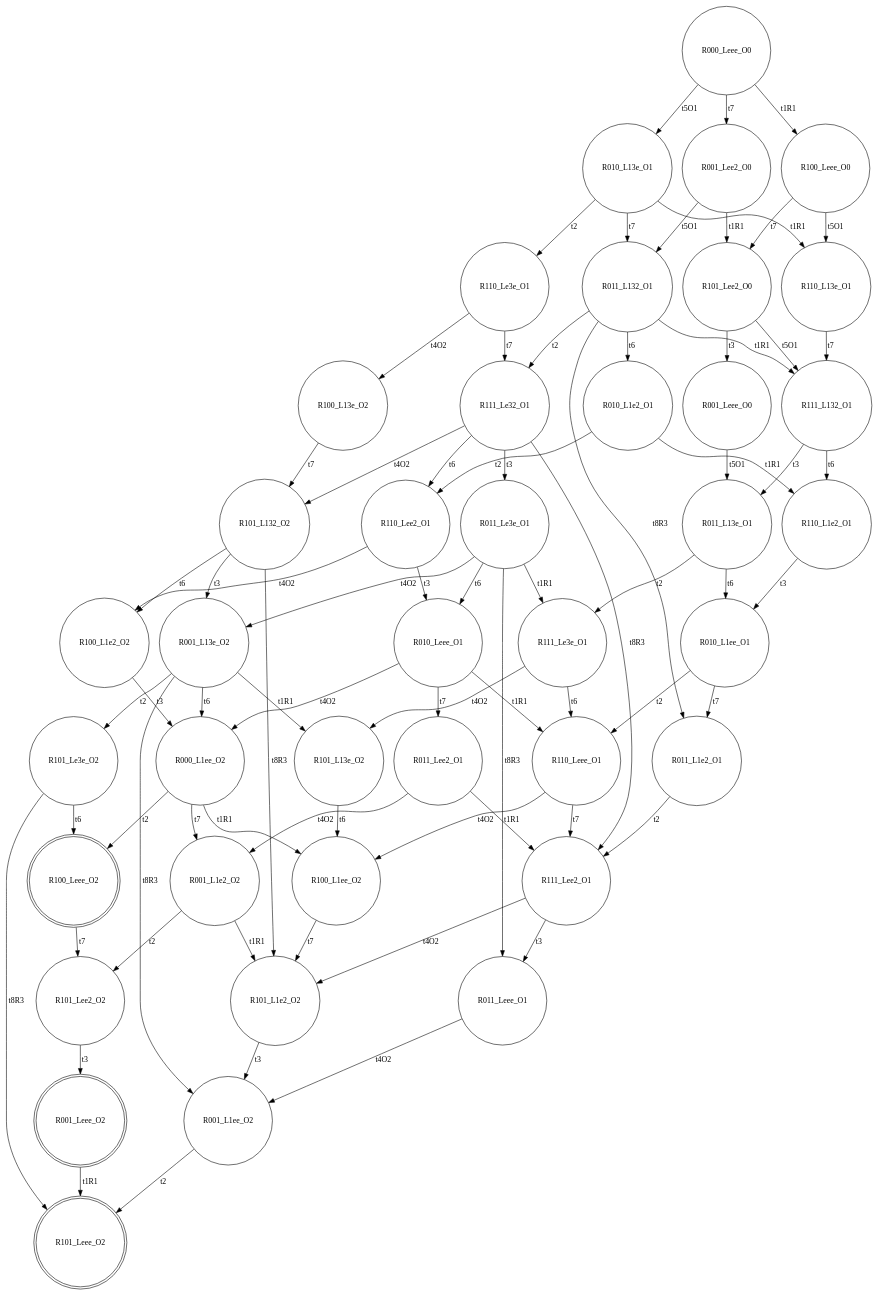
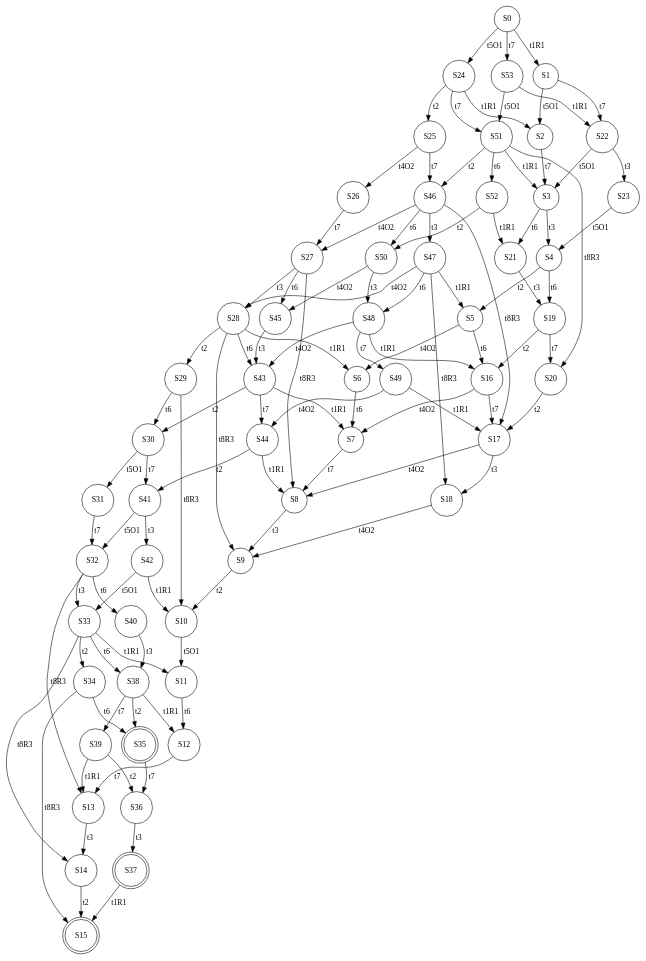
Before and after one commit to Stefano-BS/Explanatory-Diagnosis: the diagram in SCi.dot, drawn with Graphviz. The commit also changed 16 other files, not shown here.

```diff
--- a/SCi.dot
+++ b/SCi.dot
@@ -1,116 +1,158 @@
 digraph SCi {
-node [shape=circle]; R000_Leee_O0 ;
-node [shape=circle]; R100_Leee_O0 ;
-node [shape=circle]; R110_L13e_O1 ;
-node [shape=circle]; R111_L132_O1 ;
-node [shape=circle]; R011_L13e_O1 ;
-node [shape=circle]; R111_Le3e_O1 ;
-node [shape=circle]; R101_L13e_O2 ;
-node [shape=circle]; R100_L1ee_O2 ;
-node [shape=circle]; R101_L1e2_O2 ;
-node [shape=circle]; R001_L1ee_O2 ;
-node [shape=doublecircle]; R101_Leee_O2 ;
-node [shape=circle]; R110_Leee_O1 ;
-node [shape=circle]; R111_Lee2_O1 ;
-node [shape=circle]; R011_Leee_O1 ;
-node [shape=circle]; R010_L1ee_O1 ;
-node [shape=circle]; R011_L1e2_O1 ;
-node [shape=circle]; R110_L1e2_O1 ;
-node [shape=circle]; R101_Lee2_O0 ;
-node [shape=circle]; R001_Leee_O0 ;
-node [shape=circle]; R010_L13e_O1 ;
-node [shape=circle]; R110_Le3e_O1 ;
-node [shape=circle]; R100_L13e_O2 ;
-node [shape=circle]; R101_L132_O2 ;
-node [shape=circle]; R001_L13e_O2 ;
-node [shape=circle]; R101_Le3e_O2 ;
-node [shape=doublecircle]; R100_Leee_O2 ;
-node [shape=circle]; R101_Lee2_O2 ;
-node [shape=doublecircle]; R001_Leee_O2 ;
-node [shape=circle]; R000_L1ee_O2 ;
-node [shape=circle]; R001_L1e2_O2 ;
-node [shape=circle]; R100_L1e2_O2 ;
-node [shape=circle]; R111_Le32_O1 ;
-node [shape=circle]; R011_Le3e_O1 ;
-node [shape=circle]; R010_Leee_O1 ;
-node [shape=circle]; R011_Lee2_O1 ;
-node [shape=circle]; R110_Lee2_O1 ;
-node [shape=circle]; R011_L132_O1 ;
-node [shape=circle]; R010_L1e2_O1 ;
-node [shape=circle]; R001_Lee2_O0 ;
-R000_Leee_O0 -> R001_Lee2_O0 [label=t7]
-R000_Leee_O0 -> R010_L13e_O1 [label=t5O1]
-R000_Leee_O0 -> R100_Leee_O0 [label=t1R1]
-R100_Leee_O0 -> R101_Lee2_O0 [label=t7]
-R100_Leee_O0 -> R110_L13e_O1 [label=t5O1]
-R110_L13e_O1 -> R111_L132_O1 [label=t7]
-R111_L132_O1 -> R110_L1e2_O1 [label=t6]
-R111_L132_O1 -> R011_L13e_O1 [label=t3]
-R011_L13e_O1 -> R010_L1ee_O1 [label=t6]
-R011_L13e_O1 -> R111_Le3e_O1 [label=t2]
-R111_Le3e_O1 -> R110_Leee_O1 [label=t6]
-R111_Le3e_O1 -> R101_L13e_O2 [label=t4O2]
-R101_L13e_O2 -> R100_L1ee_O2 [label=t6]
-R100_L1ee_O2 -> R101_L1e2_O2 [label=t7]
-R101_L1e2_O2 -> R001_L1ee_O2 [label=t3]
-R001_L1ee_O2 -> R101_Leee_O2 [label=t2]
-R110_Leee_O1 -> R111_Lee2_O1 [label=t7]
-R110_Leee_O1 -> R100_L1ee_O2 [label=t4O2]
-R111_Lee2_O1 -> R101_L1e2_O2 [label=t4O2]
-R111_Lee2_O1 -> R011_Leee_O1 [label=t3]
-R011_Leee_O1 -> R001_L1ee_O2 [label=t4O2]
-R010_L1ee_O1 -> R011_L1e2_O1 [label=t7]
-R010_L1ee_O1 -> R110_Leee_O1 [label=t2]
-R011_L1e2_O1 -> R111_Lee2_O1 [label=t2]
-R110_L1e2_O1 -> R010_L1ee_O1 [label=t3]
-R101_Lee2_O0 -> R111_L132_O1 [label=t5O1]
-R101_Lee2_O0 -> R001_Leee_O0 [label=t3]
-R001_Leee_O0 -> R011_L13e_O1 [label=t5O1]
-R010_L13e_O1 -> R011_L132_O1 [label=t7]
-R010_L13e_O1 -> R110_Le3e_O1 [label=t2]
-R010_L13e_O1 -> R110_L13e_O1 [label=t1R1]
-R110_Le3e_O1 -> R111_Le32_O1 [label=t7]
-R110_Le3e_O1 -> R100_L13e_O2 [label=t4O2]
-R100_L13e_O2 -> R101_L132_O2 [label=t7]
-R101_L132_O2 -> R101_L1e2_O2 [label=t8R3]
-R101_L132_O2 -> R100_L1e2_O2 [label=t6]
-R101_L132_O2 -> R001_L13e_O2 [label=t3]
-R001_L13e_O2 -> R001_L1ee_O2 [label=t8R3]
-R001_L13e_O2 -> R000_L1ee_O2 [label=t6]
-R001_L13e_O2 -> R101_Le3e_O2 [label=t2]
-R001_L13e_O2 -> R101_L13e_O2 [label=t1R1]
-R101_Le3e_O2 -> R101_Leee_O2 [label=t8R3]
-R101_Le3e_O2 -> R100_Leee_O2 [label=t6]
-R100_Leee_O2 -> R101_Lee2_O2 [label=t7]
-R101_Lee2_O2 -> R001_Leee_O2 [label=t3]
-R001_Leee_O2 -> R101_Leee_O2 [label=t1R1]
-R000_L1ee_O2 -> R001_L1e2_O2 [label=t7]
-R000_L1ee_O2 -> R100_Leee_O2 [label=t2]
-R000_L1ee_O2 -> R100_L1ee_O2 [label=t1R1]
-R001_L1e2_O2 -> R101_Lee2_O2 [label=t2]
-R001_L1e2_O2 -> R101_L1e2_O2 [label=t1R1]
-R100_L1e2_O2 -> R000_L1ee_O2 [label=t3]
-R111_Le32_O1 -> R111_Lee2_O1 [label=t8R3]
-R111_Le32_O1 -> R110_Lee2_O1 [label=t6]
-R111_Le32_O1 -> R101_L132_O2 [label=t4O2]
-R111_Le32_O1 -> R011_Le3e_O1 [label=t3]
-R011_Le3e_O1 -> R011_Leee_O1 [label=t8R3]
-R011_Le3e_O1 -> R010_Leee_O1 [label=t6]
-R011_Le3e_O1 -> R001_L13e_O2 [label=t4O2]
-R011_Le3e_O1 -> R111_Le3e_O1 [label=t1R1]
-R010_Leee_O1 -> R011_Lee2_O1 [label=t7]
-R010_Leee_O1 -> R000_L1ee_O2 [label=t4O2]
-R010_Leee_O1 -> R110_Leee_O1 [label=t1R1]
-R011_Lee2_O1 -> R001_L1e2_O2 [label=t4O2]
-R011_Lee2_O1 -> R111_Lee2_O1 [label=t1R1]
-R110_Lee2_O1 -> R100_L1e2_O2 [label=t4O2]
-R110_Lee2_O1 -> R010_Leee_O1 [label=t3]
-R011_L132_O1 -> R011_L1e2_O1 [label=t8R3]
-R011_L132_O1 -> R010_L1e2_O1 [label=t6]
-R011_L132_O1 -> R111_Le32_O1 [label=t2]
-R011_L132_O1 -> R111_L132_O1 [label=t1R1]
-R010_L1e2_O1 -> R110_Lee2_O1 [label=t2]
-R010_L1e2_O1 -> R110_L1e2_O1 [label=t1R1]
-R001_Lee2_O0 -> R011_L132_O1 [label=t5O1]
-R001_Lee2_O0 -> R101_Lee2_O0 [label=t1R1]
+node [shape=circle]; S0 ;
+node [shape=circle]; S1 ;
+node [shape=circle]; S2 ;
+node [shape=circle]; S3 ;
+node [shape=circle]; S4 ;
+node [shape=circle]; S5 ;
+node [shape=circle]; S6 ;
+node [shape=circle]; S7 ;
+node [shape=circle]; S8 ;
+node [shape=circle]; S9 ;
+node [shape=circle]; S10 ;
+node [shape=circle]; S11 ;
+node [shape=circle]; S12 ;
+node [shape=circle]; S13 ;
+node [shape=circle]; S14 ;
+node [shape=doublecircle]; S15 ;
+node [shape=circle]; S16 ;
+node [shape=circle]; S17 ;
+node [shape=circle]; S18 ;
+node [shape=circle]; S19 ;
+node [shape=circle]; S20 ;
+node [shape=circle]; S21 ;
+node [shape=circle]; S22 ;
+node [shape=circle]; S23 ;
+node [shape=circle]; S24 ;
+node [shape=circle]; S25 ;
+node [shape=circle]; S26 ;
+node [shape=circle]; S27 ;
+node [shape=circle]; S28 ;
+node [shape=circle]; S29 ;
+node [shape=circle]; S30 ;
+node [shape=circle]; S31 ;
+node [shape=circle]; S32 ;
+node [shape=circle]; S33 ;
+node [shape=circle]; S34 ;
+node [shape=doublecircle]; S35 ;
+node [shape=circle]; S36 ;
+node [shape=doublecircle]; S37 ;
+node [shape=circle]; S38 ;
+node [shape=circle]; S39 ;
+node [shape=circle]; S40 ;
+node [shape=circle]; S41 ;
+node [shape=circle]; S42 ;
+node [shape=circle]; S43 ;
+node [shape=circle]; S44 ;
+node [shape=circle]; S45 ;
+node [shape=circle]; S46 ;
+node [shape=circle]; S47 ;
+node [shape=circle]; S48 ;
+node [shape=circle]; S49 ;
+node [shape=circle]; S50 ;
+node [shape=circle]; S51 ;
+node [shape=circle]; S52 ;
+node [shape=circle]; S53 ;
+S0 -> S53 [label=t7]
+S0 -> S24 [label=t5O1]
+S0 -> S1 [label=t1R1]
+S1 -> S22 [label=t7]
+S1 -> S2 [label=t5O1]
+S2 -> S3 [label=t7]
+S3 -> S21 [label=t6]
+S3 -> S4 [label=t3]
+S4 -> S19 [label=t6]
+S4 -> S5 [label=t2]
+S5 -> S16 [label=t6]
+S5 -> S6 [label=t4O2]
+S6 -> S7 [label=t6]
+S7 -> S8 [label=t7]
+S8 -> S9 [label=t3]
+S9 -> S10 [label=t2]
+S10 -> S11 [label=t5O1]
+S11 -> S12 [label=t6]
+S12 -> S13 [label=t7]
+S13 -> S14 [label=t3]
+S14 -> S15 [label=t2]
+S16 -> S17 [label=t7]
+S16 -> S7 [label=t4O2]
+S17 -> S8 [label=t4O2]
+S17 -> S18 [label=t3]
+S18 -> S9 [label=t4O2]
+S19 -> S20 [label=t7]
+S19 -> S16 [label=t2]
+S20 -> S17 [label=t2]
+S21 -> S19 [label=t3]
+S22 -> S3 [label=t5O1]
+S22 -> S23 [label=t3]
+S23 -> S4 [label=t5O1]
+S24 -> S51 [label=t7]
+S24 -> S25 [label=t2]
+S24 -> S2 [label=t1R1]
+S25 -> S46 [label=t7]
+S25 -> S26 [label=t4O2]
+S26 -> S27 [label=t7]
+S27 -> S8 [label=t8R3]
+S27 -> S45 [label=t6]
+S27 -> S28 [label=t3]
+S28 -> S9 [label=t8R3]
+S28 -> S43 [label=t6]
+S28 -> S29 [label=t2]
+S28 -> S6 [label=t1R1]
+S29 -> S10 [label=t8R3]
+S29 -> S30 [label=t6]
+S30 -> S41 [label=t7]
+S30 -> S31 [label=t5O1]
+S31 -> S32 [label=t7]
+S32 -> S13 [label=t8R3]
+S32 -> S40 [label=t6]
+S32 -> S33 [label=t3]
+S33 -> S14 [label=t8R3]
+S33 -> S38 [label=t6]
+S33 -> S34 [label=t2]
+S33 -> S11 [label=t1R1]
+S34 -> S15 [label=t8R3]
+S34 -> S35 [label=t6]
+S35 -> S36 [label=t7]
+S36 -> S37 [label=t3]
+S37 -> S15 [label=t1R1]
+S38 -> S39 [label=t7]
+S38 -> S35 [label=t2]
+S38 -> S12 [label=t1R1]
+S39 -> S36 [label=t2]
+S39 -> S13 [label=t1R1]
+S40 -> S38 [label=t3]
+S41 -> S32 [label=t5O1]
+S41 -> S42 [label=t3]
+S42 -> S33 [label=t5O1]
+S42 -> S10 [label=t1R1]
+S43 -> S44 [label=t7]
+S43 -> S30 [label=t2]
+S43 -> S7 [label=t1R1]
+S44 -> S41 [label=t2]
+S44 -> S8 [label=t1R1]
+S45 -> S43 [label=t3]
+S46 -> S17 [label=t8R3]
+S46 -> S50 [label=t6]
+S46 -> S27 [label=t4O2]
+S46 -> S47 [label=t3]
+S47 -> S18 [label=t8R3]
+S47 -> S48 [label=t6]
+S47 -> S28 [label=t4O2]
+S47 -> S5 [label=t1R1]
+S48 -> S49 [label=t7]
+S48 -> S43 [label=t4O2]
+S48 -> S16 [label=t1R1]
+S49 -> S44 [label=t4O2]
+S49 -> S17 [label=t1R1]
+S50 -> S45 [label=t4O2]
+S50 -> S48 [label=t3]
+S51 -> S20 [label=t8R3]
+S51 -> S52 [label=t6]
+S51 -> S46 [label=t2]
+S51 -> S3 [label=t1R1]
+S52 -> S50 [label=t2]
+S52 -> S21 [label=t1R1]
+S53 -> S51 [label=t5O1]
+S53 -> S22 [label=t1R1]
 }
```
